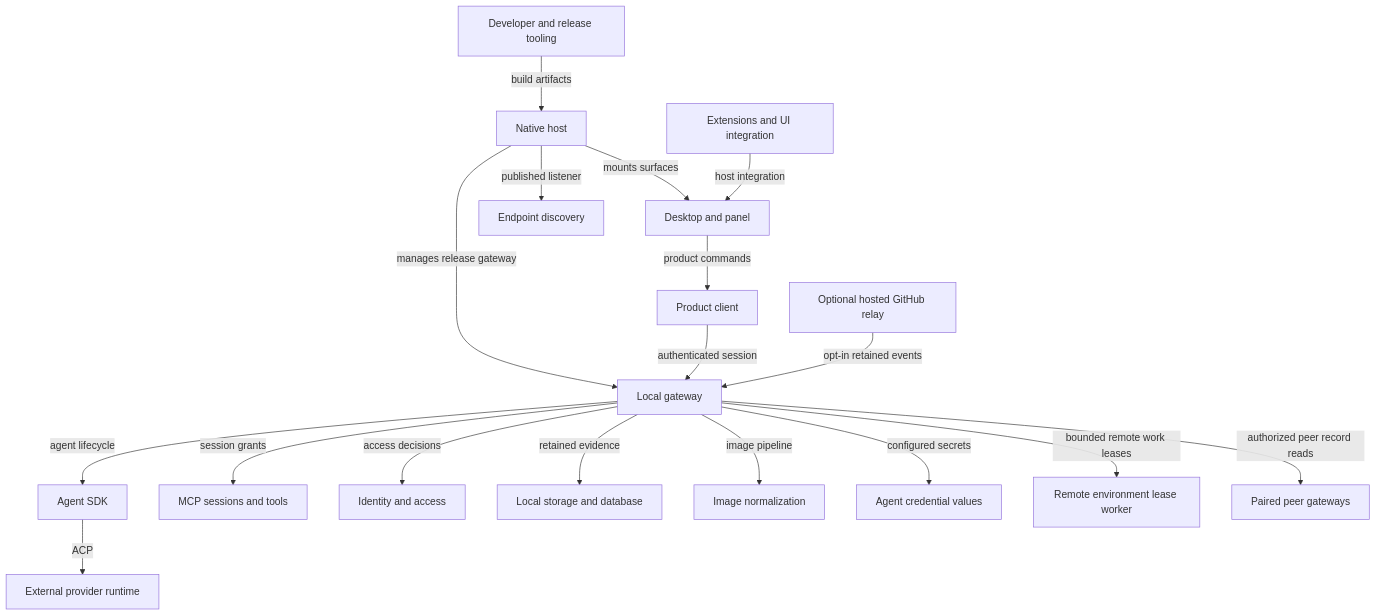
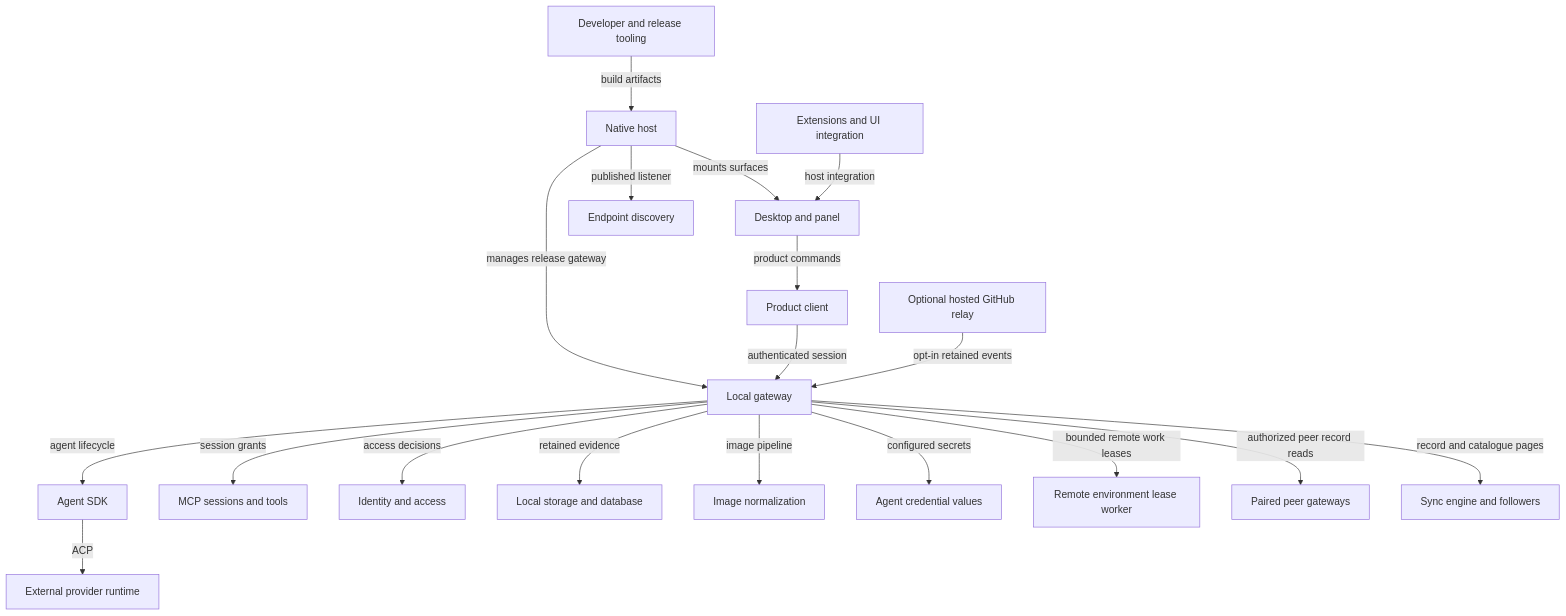
Before and after one commit to nessalabs/nessa-agent: the first of 3 diagrams in docs/state/README.md, drawn with Mermaid. The commit also changed other lines of this file and 7 other files, not shown here.

````diff
--- a/docs/state/README.md
+++ b/docs/state/README.md
@@ -46,37 +47,39 @@
 ```mermaid
 flowchart TB
     Host[Native host]
     Desktop[Desktop and panel]
     Client[Product client]
     Gateway[Local gateway]
     SDK[Agent SDK]
     Provider[External provider runtime]
     MCP[MCP sessions and tools]
     Auth[Identity and access]
     Storage[Local storage and database]
     Images[Image normalization]
     Endpoint[Endpoint discovery]
     Credentials[Agent credential values]
     Extensions[Extensions and UI integration]
     Tooling[Developer and release tooling]
     GitHubRelay[Optional hosted GitHub relay]
     Environment[Remote environment lease worker]
     Peers[Paired peer gateways]
+    Sync[Sync engine and followers]
     Host -->|mounts surfaces| Desktop
     Host -->|manages release gateway| Gateway
     Desktop -->|product commands| Client
     Client -->|authenticated session| Gateway
     Gateway -->|agent lifecycle| SDK
     SDK -->|ACP| Provider
     Gateway -->|access decisions| Auth
     Gateway -->|retained evidence| Storage
     Gateway -->|image pipeline| Images
     Gateway -->|session grants| MCP
     Host -->|published listener| Endpoint
     Gateway -->|configured secrets| Credentials
     Extensions -->|host integration| Desktop
     Tooling -->|build artifacts| Host
     Gateway -->|bounded remote work leases| Environment
     Gateway -->|authorized peer record reads| Peers
+    Gateway -->|record and catalogue pages| Sync
     GitHubRelay -->|opt-in retained events| Gateway
 ```
````
